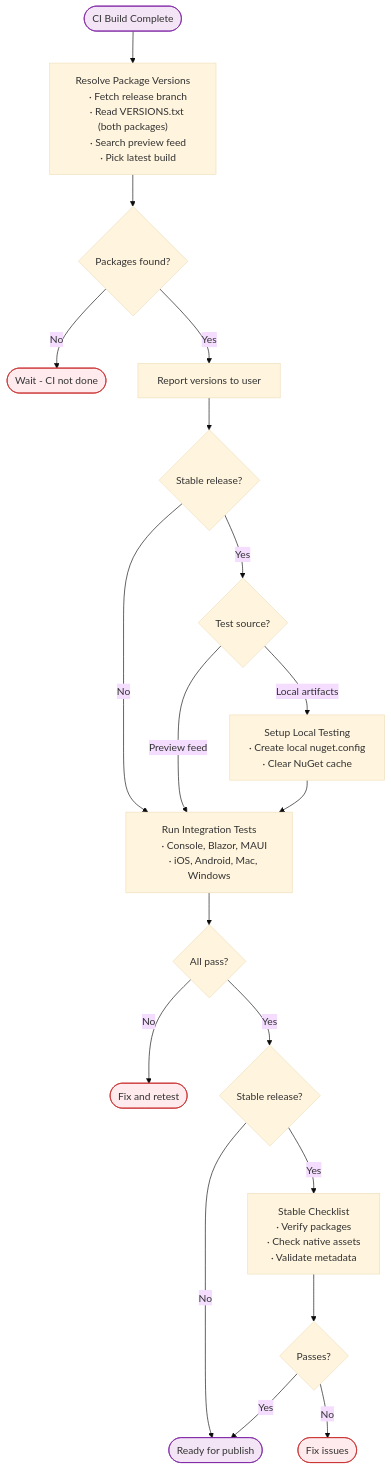
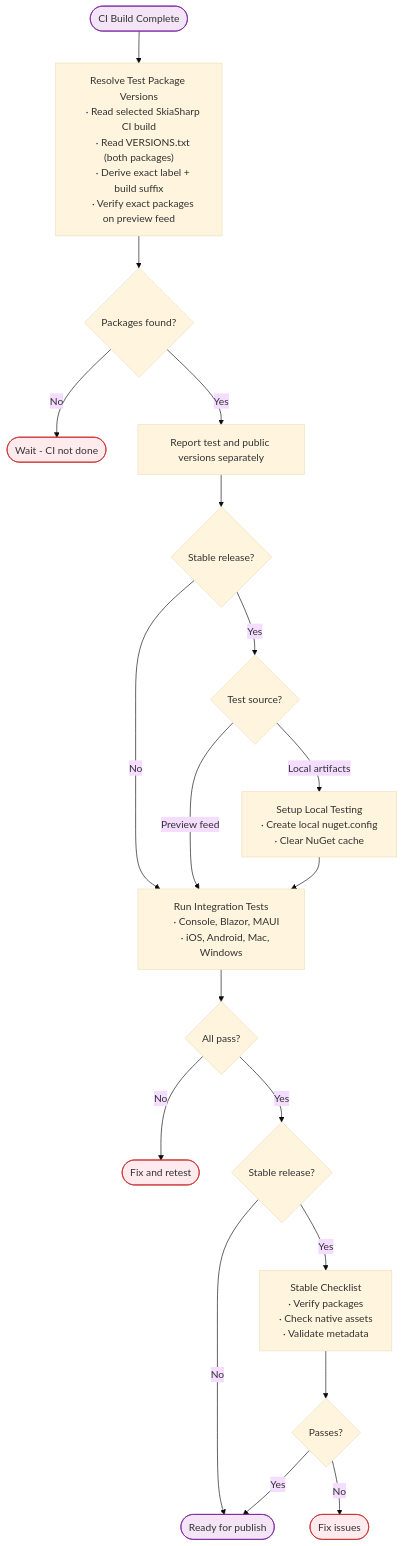
The second of 3 diagrams in documentation/dev/releasing.md (mono/SkiaSharp), drawn with Mermaid (base theme) before and after one commit. The commit also changed other lines of this file and 6 other files, not shown here.

First line of the commit message:
[release] Test exact stable CI package versions

````diff
--- a/documentation/dev/releasing.md
+++ b/documentation/dev/releasing.md
@@ -191,52 +193,52 @@
 ```mermaid
 flowchart TB
     START([CI Build Complete]) --> RESOLVE
     
-    RESOLVE["Resolve Package Versions
-    ∙ Fetch release branch
+    RESOLVE["Resolve Test Package Versions
+    ∙ Read selected SkiaSharp CI build
     ∙ Read VERSIONS.txt (both packages)
-    ∙ Search preview feed
-    ∙ Pick latest build"]
+    ∙ Derive exact label + build suffix
+    ∙ Verify exact packages on preview feed"]
     
     RESOLVE --> FOUND{Packages found?}
     FOUND -->|No| WAIT([Wait - CI not done])
-    FOUND -->|Yes| REPORT[Report versions to user]
+    FOUND -->|Yes| REPORT[Report test and public versions separately]
     
     REPORT --> STABLE{Stable release?}
     STABLE -->|No| TESTS
     STABLE -->|Yes| SOURCE{Test source?}
     
     SOURCE -->|Preview feed| TESTS
     SOURCE -->|Local artifacts| SETUP
     
     SETUP["Setup Local Testing
     ∙ Create local nuget.config
     ∙ Clear NuGet cache"]
     
     SETUP --> TESTS
     
     TESTS["Run Integration Tests
     ∙ Console, Blazor, MAUI
     ∙ iOS, Android, Mac, Windows"]
     
     TESTS --> RESULT{All pass?}
     RESULT -->|No| FIX([Fix and retest])
     RESULT -->|Yes| CHECK{Stable release?}
     
     CHECK -->|No| READY([Ready for publish])
     CHECK -->|Yes| CHECKLIST
     
     CHECKLIST["Stable Checklist
     ∙ Verify packages
     ∙ Check native assets
     ∙ Validate metadata"]
     
     CHECKLIST --> OK{Passes?}
     OK -->|No| FIX2([Fix issues])
     OK -->|Yes| READY
 
     classDef error fill:#ffebee,stroke:#c62828
     classDef endpoint fill:#f3e5f5,stroke:#7b1fa2
     class WAIT,FIX,FIX2 error
     class START,READY endpoint
 ```
````
